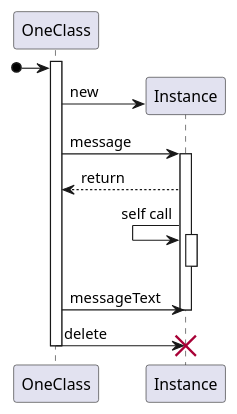
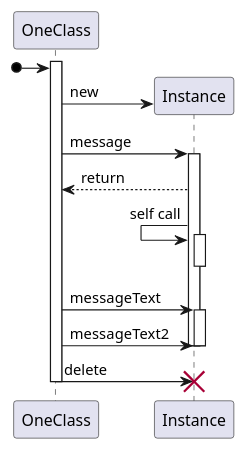
Before and after one commit to larest/UMLPlaygroundProject: the diagram in src/ObjectCreationExample.puml, drawn with PlantUML.

Commit message:
test changes

```diff
--- a/src/ObjectCreationExample.puml
+++ b/src/ObjectCreationExample.puml
@@ -1,25 +1,29 @@
 @startuml
 participant OneClass
 activate OneClass
 [o-> OneClass:
 create Instance
 OneClass->Instance : new
 
 
 OneClass->Instance : message
 activate Instance
 
 OneClass<--Instance : return
 
 Instance<-Instance : self call
 activate Instance
 deactivate Instance
 
 OneClass->Instance : messageText
+activate Instance
+OneClass->Instance : messageText2
+deactivate Instance
+
 deactivate Instance
 
 OneClass->Instance : delete
 destroy Instance
 deactivate OneClass
 
 @enduml
```
